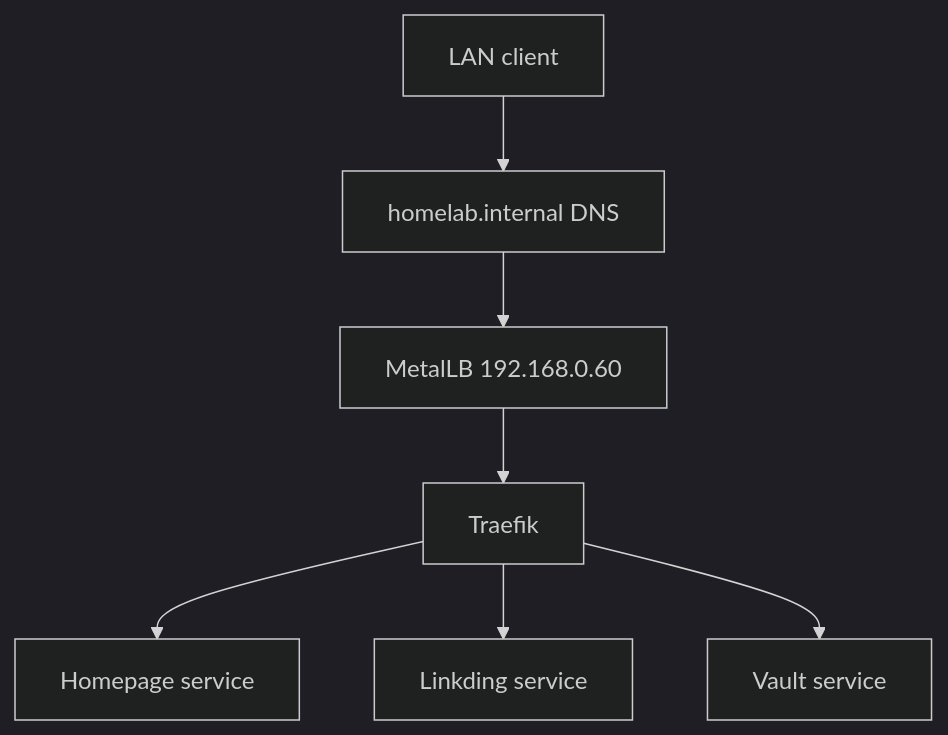
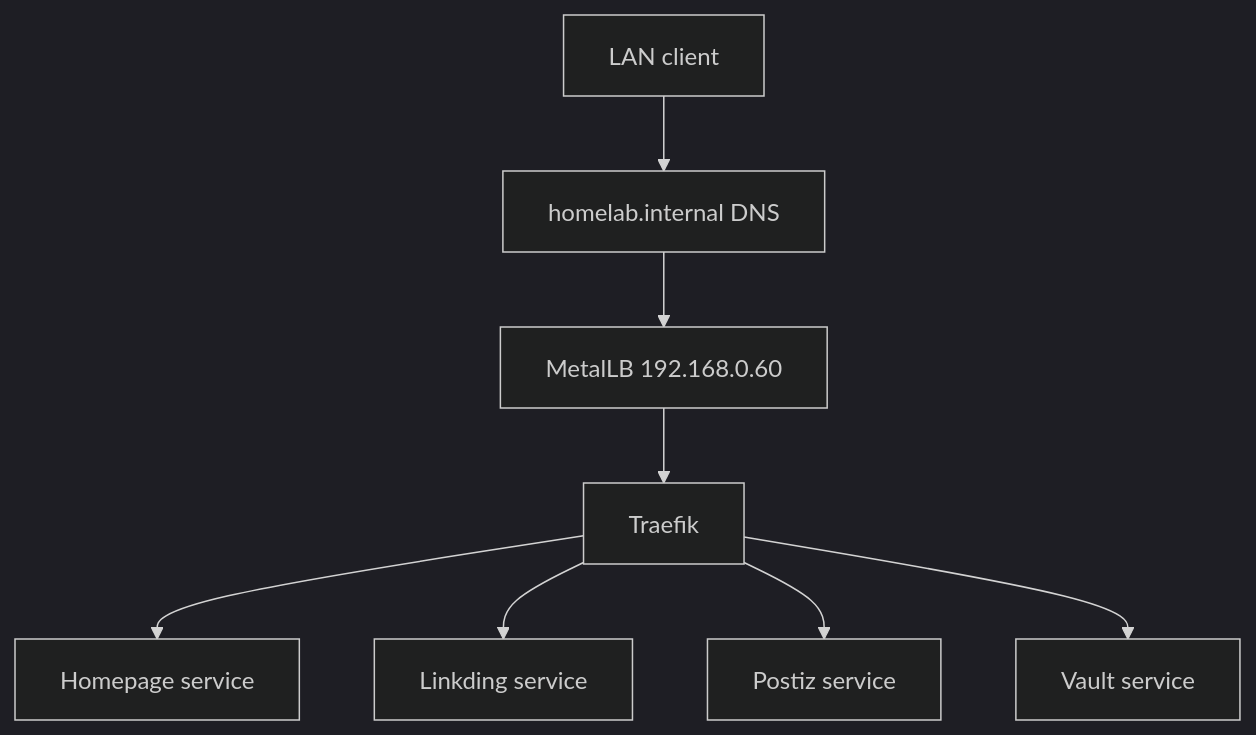
Before and after one commit to HYP3R00T/homelab: the first of 2 diagrams in docs/architecture/traffic-flow.md, drawn with Mermaid (dark theme). The commit also changed other lines of this file and 27 other files, not shown here.

````diff
--- a/docs/architecture/traffic-flow.md
+++ b/docs/architecture/traffic-flow.md
@@ -13,9 +13,10 @@
 ```mermaid
 flowchart TB
     Client[LAN client] --> DNS[homelab.internal DNS]
     DNS --> VIP[MetalLB 192.168.0.60]
     VIP --> Traefik[Traefik]
     Traefik --> Homepage[Homepage service]
     Traefik --> Linkding[Linkding service]
+    Traefik --> Postiz[Postiz service]
     Traefik --> Vault[Vault service]
 ```
````
